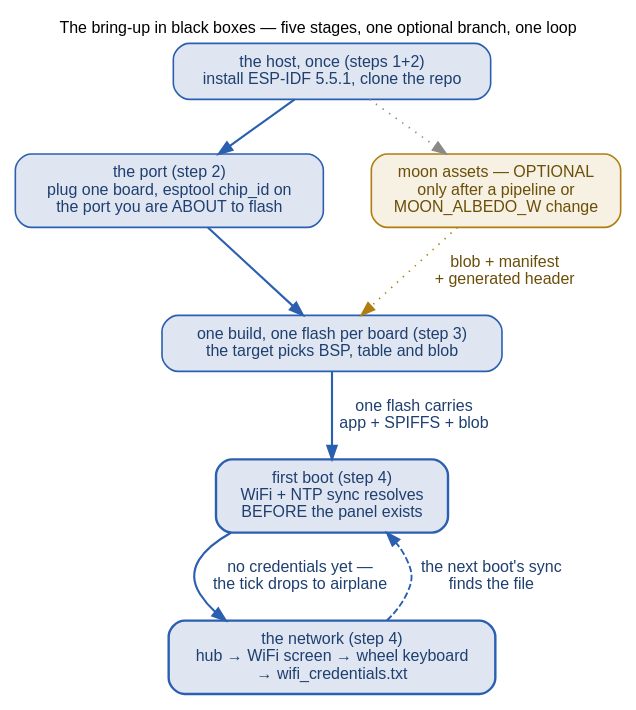
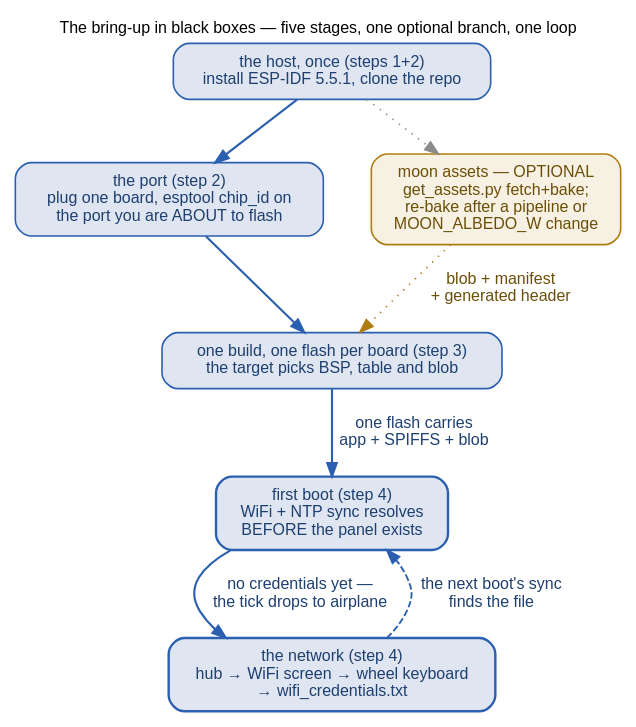
One commit to ukos-git/moon-clock-esp changed the diagram in docs/_graphs/bringup-overview.dot. Above: the diagram before and after it, drawn with Graphviz. The commit also changed 15 other files, not shown here.

```diff
--- a/docs/_graphs/bringup-overview.dot
+++ b/docs/_graphs/bringup-overview.dot
@@ -1,50 +1,50 @@
 // The bring-up as a BLACK-BOX OVERVIEW: the five stages of the
 // getting-started walk, each drawn as a sealed box — no internals on
 // this page's figure. Every box opens into its own detail sketch: the
 // step-3 commands into docs/_graphs/build-flash.dot (devices/index),
 // the optional asset branch into docs/_graphs/assets-pipeline.dot
 // (reference/build-system), the first-boot box into
 // docs/_graphs/bringup-boot-sync.dot and the network box into
 // docs/_graphs/bringup-provisioning.dot (both on this page). The one
 // loop is the story: provisioning ends where the boot sync began, on
 // the credential file. FONTS: 12 pt everywhere = the page's 16 px body
 // text at 1:1 (graphviz pt at 72 dpi, browser px at 96 dpi), and the
 // graph is kept inside the content column so object{max-width:100%}
 // never scales it down — smaller text was the old figure's failure.
 // Rendered inline as SVG by sphinx.ext.graphviz (dot on PATH).
 digraph bringup_overview {
     rankdir=TB;
     label="The bring-up in black boxes — five stages, one optional branch, one loop";
     labelloc="t"; labeljust="c";
     fontname="Helvetica"; fontsize=12;
     graph [nodesep=0.5, ranksep=0.55];
     node [fontname="Helvetica", fontsize=12, shape=box, style="rounded,filled",
           width=0, height=0, margin="0.18,0.11", fillcolor="#f2f2ef",
           color="#525252", penwidth=1.2];
     edge [fontname="Helvetica", fontsize=12, color="#8a8a8a", penwidth=1.3];
 
     host [label="the host, once (steps 1+2)\ninstall ESP-IDF 5.5.1, clone the repo",
           fillcolor="#dfe6f1", color="#2b5fb0", fontcolor="#1e3f70"];
     port [label="the port (step 2)\nplug one board, esptool chip_id on\nthe port you are ABOUT to flash",
           fillcolor="#dfe6f1", color="#2b5fb0", fontcolor="#1e3f70"];
     build [label="one build, one flash per board (step 3)\nthe target picks BSP, table and blob",
            fillcolor="#dfe6f1", color="#2b5fb0", fontcolor="#1e3f70"];
     boot [label="first boot (step 4)\nWiFi + NTP sync resolves\nBEFORE the panel exists",
           fillcolor="#dfe6f1", color="#2b5fb0", fontcolor="#1e3f70", penwidth=1.8];
     prov [label="the network (step 4)\nhub → WiFi screen → wheel keyboard\n→ wifi_credentials.txt",
           fillcolor="#dfe6f1", color="#2b5fb0", fontcolor="#1e3f70", penwidth=1.8];
-    assets [label="moon assets — OPTIONAL\nonly after a pipeline or\nMOON_ALBEDO_W change",
+    assets [label="moon assets — OPTIONAL\nget_assets.py fetch+bake;\nre-bake after a pipeline or\nMOON_ALBEDO_W change",
             fillcolor="#f6f1e2", color="#b07d10", fontcolor="#6b4e08"];
 
     host -> port [color="#2b5fb0", penwidth=1.6, fontcolor="#1e3f70"];
     port -> build [color="#2b5fb0", penwidth=1.6, fontcolor="#1e3f70"];
     build -> boot [color="#2b5fb0", penwidth=1.6, fontcolor="#1e3f70",
                    label="one flash carries\napp + SPIFFS + blob"];
     boot -> prov [color="#2b5fb0", penwidth=1.6, fontcolor="#1e3f70",
                   label="no credentials yet —\nthe tick drops to airplane"];
     prov -> boot [style=dashed, color="#2b5fb0", penwidth=1.4, fontcolor="#1e3f70",
                   label="the next boot's sync\nfinds the file"];
     host -> assets [style=dotted];
     assets -> build [style=dotted, color="#b07d10", fontcolor="#6b4e08",
                      label="blob + manifest\n+ generated header"];
 }
```
